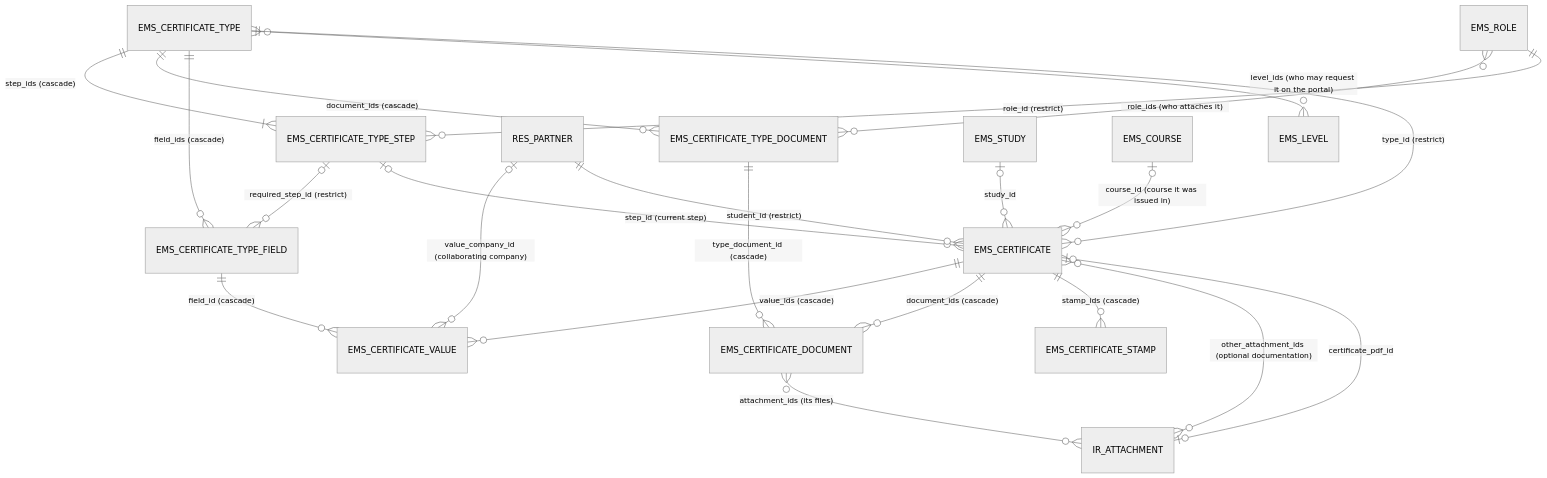
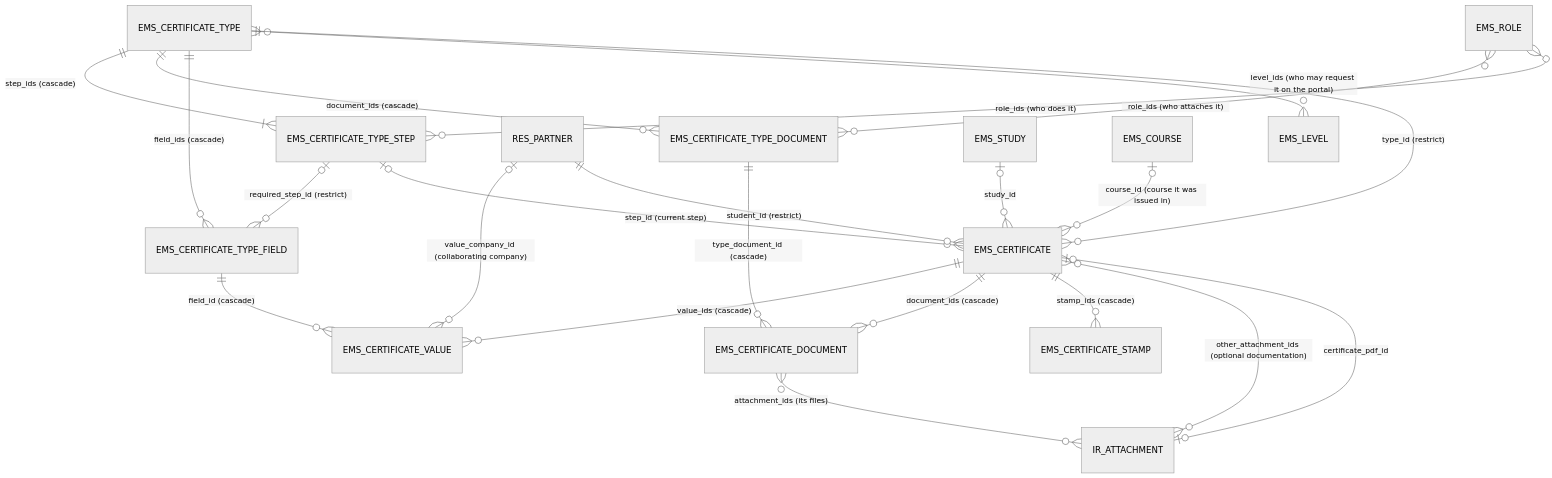
Before and after one commit to ElPuig/EMS: the first of 2 diagrams in docs/en/developers/certificates/certificate.md, drawn with Mermaid (neutral theme). The commit also changed other lines of this file and 18 other files, not shown here.

Commit message:
Certificate circuit: several positions per step, Secretary technician position

````diff
--- a/docs/en/developers/certificates/certificate.md
+++ b/docs/en/developers/certificates/certificate.md
@@ -76,24 +76,24 @@
 ```mermaid
 erDiagram
     EMS_CERTIFICATE_TYPE ||--|{ EMS_CERTIFICATE_TYPE_STEP : "step_ids (cascade)"
     EMS_CERTIFICATE_TYPE ||--o{ EMS_CERTIFICATE_TYPE_DOCUMENT : "document_ids (cascade)"
     EMS_CERTIFICATE_TYPE ||--o{ EMS_CERTIFICATE_TYPE_FIELD : "field_ids (cascade)"
     EMS_CERTIFICATE_TYPE_STEP |o--o{ EMS_CERTIFICATE_TYPE_FIELD : "required_step_id (restrict)"
     EMS_CERTIFICATE ||--o{ EMS_CERTIFICATE_VALUE : "value_ids (cascade)"
     EMS_CERTIFICATE_TYPE_FIELD ||--o{ EMS_CERTIFICATE_VALUE : "field_id (cascade)"
     RES_PARTNER |o--o{ EMS_CERTIFICATE_VALUE : "value_company_id (collaborating company)"
     EMS_ROLE }o--o{ EMS_CERTIFICATE_TYPE_DOCUMENT : "role_ids (who attaches it)"
     EMS_CERTIFICATE ||--o{ EMS_CERTIFICATE_DOCUMENT : "document_ids (cascade)"
     EMS_CERTIFICATE_TYPE_DOCUMENT ||--o{ EMS_CERTIFICATE_DOCUMENT : "type_document_id (cascade)"
     EMS_CERTIFICATE_DOCUMENT }o--o{ IR_ATTACHMENT : "attachment_ids (its files)"
     EMS_CERTIFICATE_TYPE }o--o{ EMS_LEVEL : "level_ids (who may request it on the portal)"
-    EMS_ROLE ||--o{ EMS_CERTIFICATE_TYPE_STEP : "role_id (restrict)"
+    EMS_ROLE }o--o{ EMS_CERTIFICATE_TYPE_STEP : "role_ids (who does it)"
     EMS_CERTIFICATE_TYPE ||--o{ EMS_CERTIFICATE : "type_id (restrict)"
     EMS_CERTIFICATE_TYPE_STEP |o--o{ EMS_CERTIFICATE : "step_id (current step)"
     RES_PARTNER ||--o{ EMS_CERTIFICATE : "student_id (restrict)"
     EMS_STUDY |o--o{ EMS_CERTIFICATE : "study_id"
     EMS_COURSE |o--o{ EMS_CERTIFICATE : "course_id (course it was issued in)"
     EMS_CERTIFICATE ||--o{ EMS_CERTIFICATE_STAMP : "stamp_ids (cascade)"
     EMS_CERTIFICATE }o--o{ IR_ATTACHMENT : "other_attachment_ids (optional documentation)"
     EMS_CERTIFICATE |o--o| IR_ATTACHMENT : "certificate_pdf_id"
 ```
````
